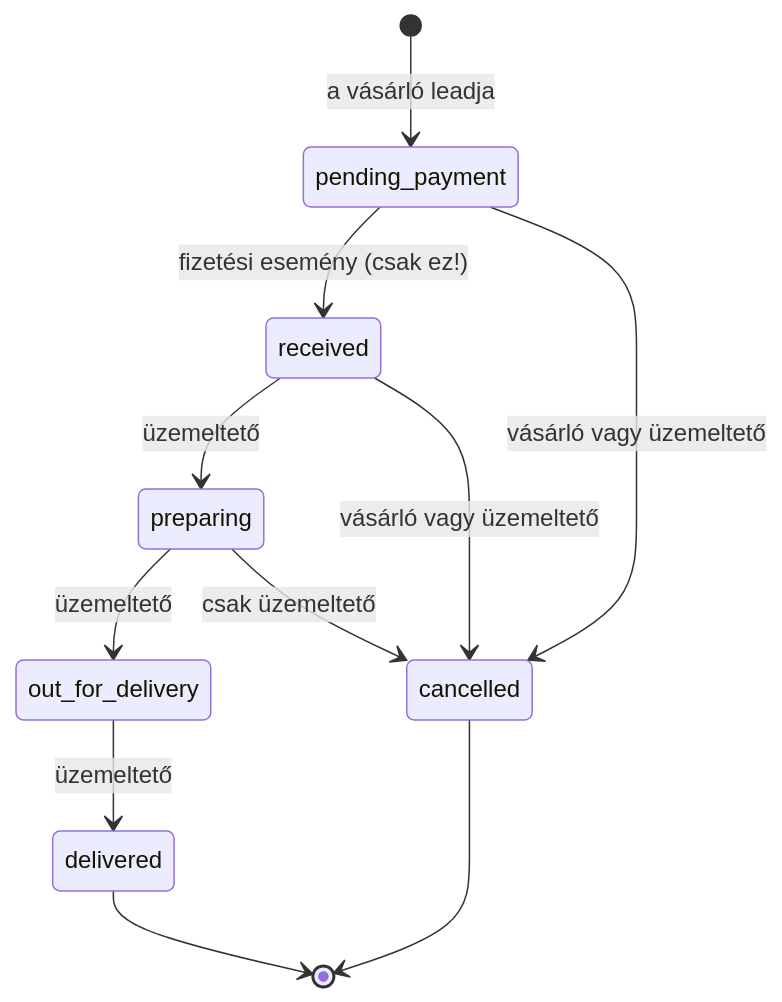
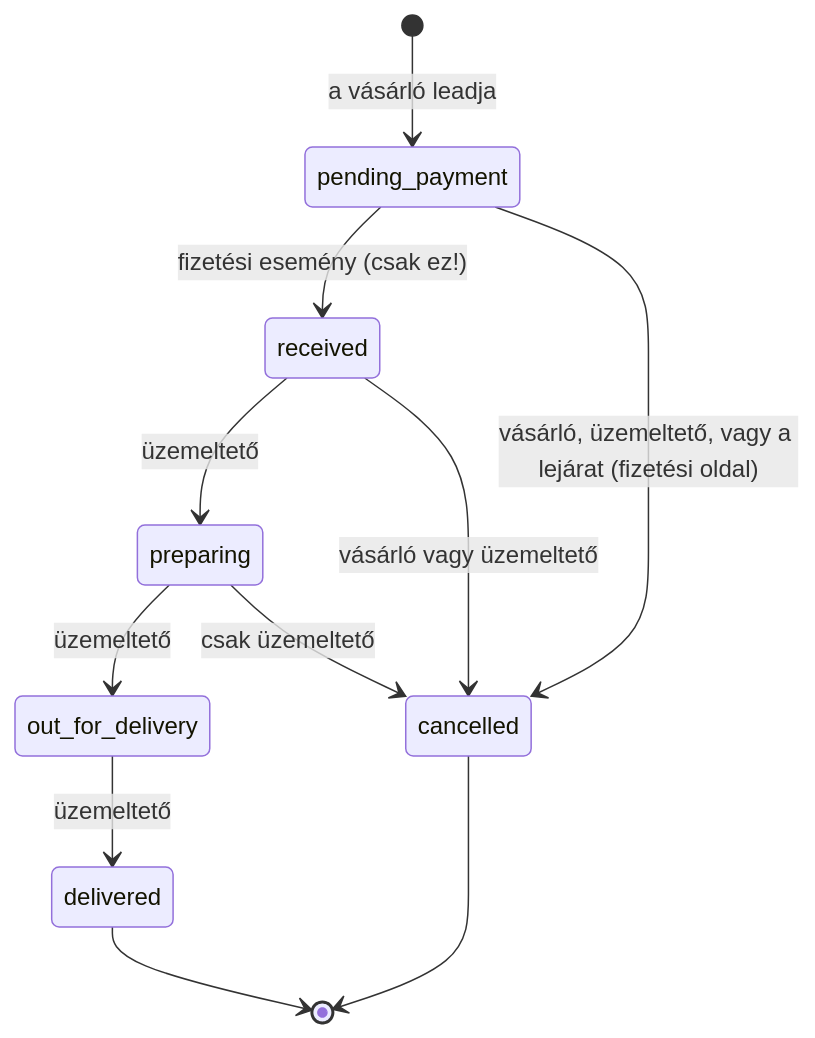
The second of 2 diagrams in docs/data-model.md (ateszk0/Zaba), drawn with Mermaid before and after one commit. The commit also changed other lines of this file and 13 other files, not shown here.

````diff
--- a/docs/data-model.md
+++ b/docs/data-model.md
@@ -81,13 +81,13 @@
 ```mermaid
 stateDiagram-v2
   [*] --> pending_payment : a vásárló leadja
   pending_payment --> received : fizetési esemény (csak ez!)
-  pending_payment --> cancelled : vásárló vagy üzemeltető
+  pending_payment --> cancelled : vásárló, üzemeltető, vagy a lejárat (fizetési oldal)
   received --> preparing : üzemeltető
   received --> cancelled : vásárló vagy üzemeltető
   preparing --> out_for_delivery : üzemeltető
   preparing --> cancelled : csak üzemeltető
   out_for_delivery --> delivered : üzemeltető
   delivered --> [*]
   cancelled --> [*]
 ```
````
